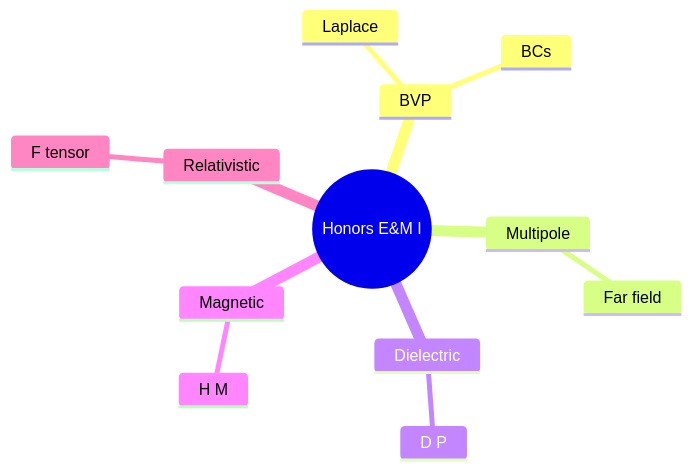
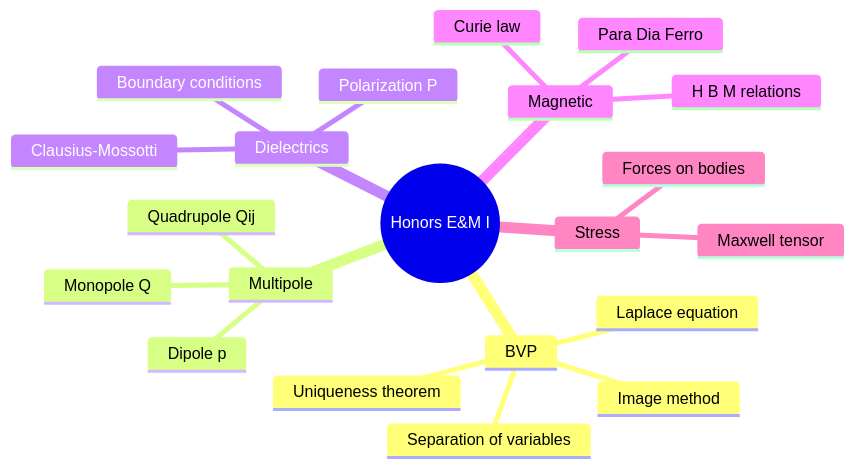
One commit to yip-lgtm/PhysicsSelfStudy changed the sixth of 10 diagrams in 01_BSc_Physics/electives/PHYS_3053_Honors_Electricity_Magnetism_I/README.md. Above: the diagram before and after it, drawn with Mermaid. The commit also changed other lines of this file and 21 other files, not shown here.

````diff
--- a/01_BSc_Physics/electives/PHYS_3053_Honors_Electricity_Magnetism_I/README.md
+++ b/01_BSc_Physics/electives/PHYS_3053_Honors_Electricity_Magnetism_I/README.md
@@ -107,15 +522,24 @@
 ```mermaid
 mindmap
   root((Honors E&M I))
     BVP
-      Laplace
-      BCs
+      Laplace equation
+      Uniqueness theorem
+      Separation of variables
+      Image method
     Multipole
-      Far field
-    Dielectric
-      D P
+      Monopole Q
+      Dipole p
+      Quadrupole Qij
+    Dielectrics
+      Polarization P
+      Clausius-Mossotti
+      Boundary conditions
     Magnetic
-      H M
-    Relativistic
-      F tensor
+      H B M relations
+      Para Dia Ferro
+      Curie law
+    Stress
+      Maxwell tensor
+      Forces on bodies
 ```
````
